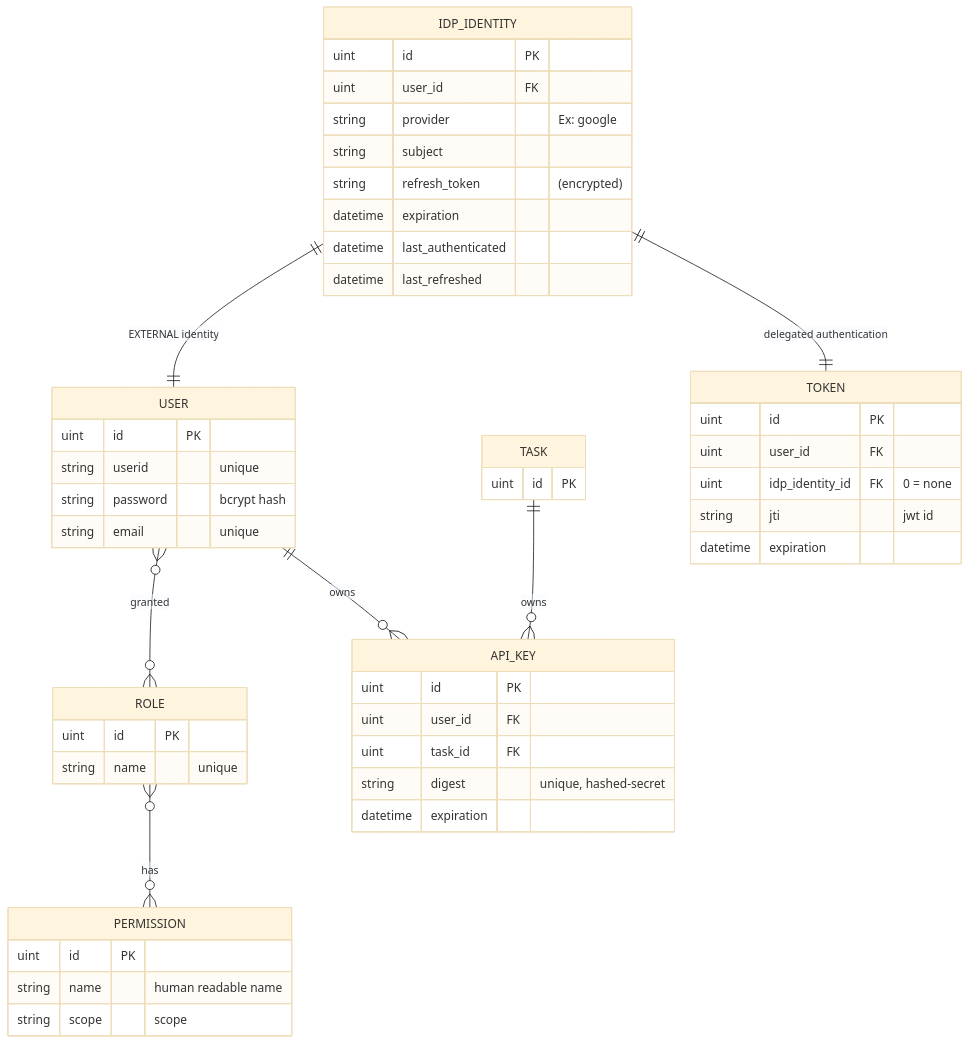
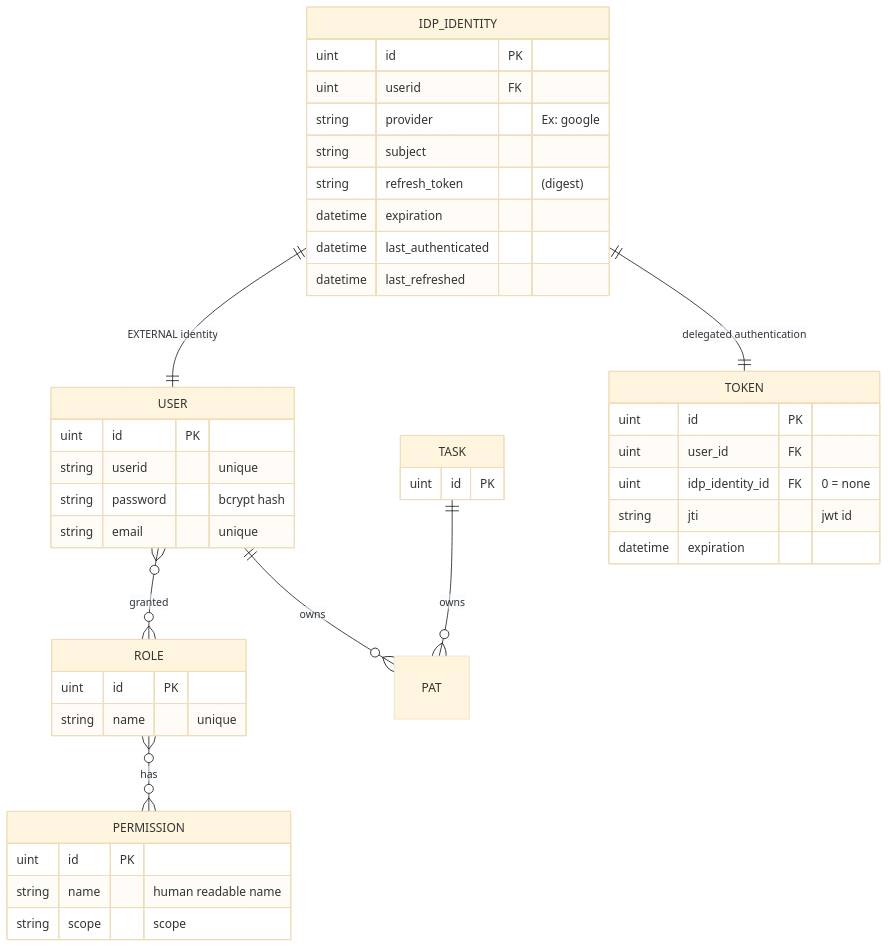
One commit to konveyor/enhancements changed the first of 6 diagrams in enhancements/hub-oidc-provider/DESIGN.md. Above: the diagram before and after it, drawn with Mermaid (base theme). The commit also changed other lines of this file and 1 other file, not shown here.

````diff
--- a/enhancements/hub-oidc-provider/DESIGN.md
+++ b/enhancements/hub-oidc-provider/DESIGN.md
@@ -53,58 +52,52 @@
 ```mermaid
 erDiagram
     USER }o--o{ ROLE : "granted"
     ROLE }o--o{ PERMISSION : "has"
-    USER ||--o{ API_KEY : "owns"
-    TASK ||--o{ API_KEY : "owns"
+    USER ||--o{ PAT : "owns"
+    TASK ||--o{ PAT : "owns"
     IDP_IDENTITY ||--|| USER : "EXTERNAL identity"
     IDP_IDENTITY ||--|| TOKEN : "delegated authentication"
 
     USER {
         uint id PK
         string userid "unique"
         string password "bcrypt hash"
         string email "unique"
     }
 
     ROLE {
         uint id PK
         string name "unique"
     }
 
     PERMISSION {
         uint id PK
         string name "human readable name"
         string scope "scope"
     }
 
-    API_KEY {
-        uint id PK
-        uint user_id FK
-        uint task_id FK
-        string digest "unique, hashed-secret"
-        datetime expiration
-    }
-
     IDP_IDENTITY {
         uint id PK
-        uint user_id FK
+        uint userid FK
         string provider "Ex: google"
         string subject
-        string refresh_token "(encrypted)"
+        string refresh_token "(digest)"
         datetime expiration
         datetime last_authenticated
         datetime last_refreshed
     }
+    
+    
     
     TOKEN {
         uint id PK
         uint user_id FK
         uint idp_identity_id FK "0 = none"
         string jti "jwt id"
         datetime expiration
     }
     
     TASK {
     uint id PK
     }
 ```
````
